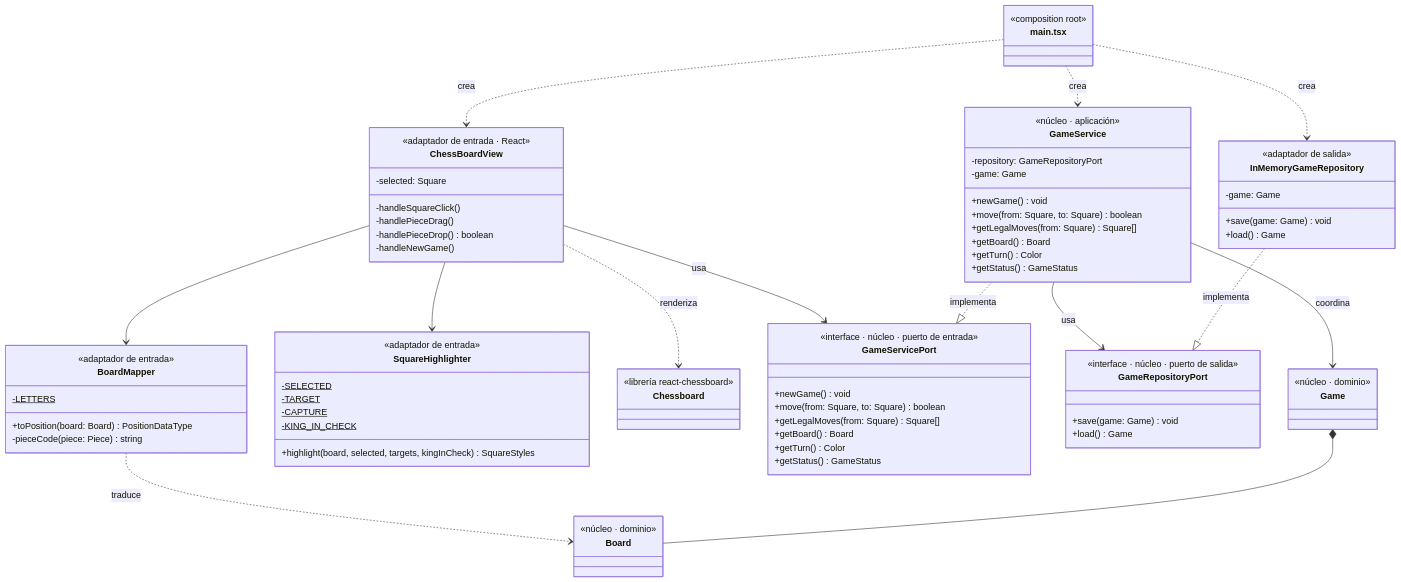
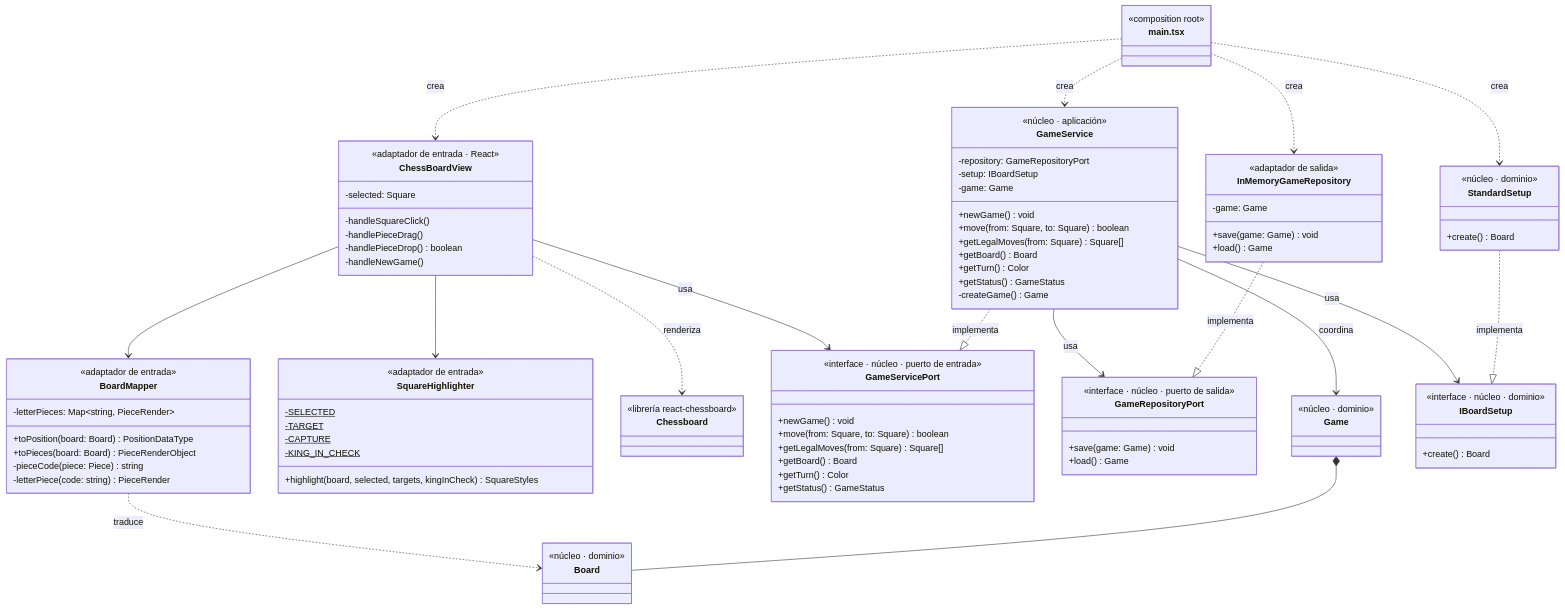
One commit to G-Mazzeo/ajedrez_tp_inge_software changed the second of 3 diagrams in docs/diagrama-clases.md. Above: the diagram before and after it, drawn with Mermaid. The commit also changed other lines of this file and 28 other files, not shown here.

````diff
--- a/docs/diagrama-clases.md
+++ b/docs/diagrama-clases.md
@@ -80,9 +82,11 @@
   }
   class BoardMapper {
     <<adaptador de entrada>>
-    -LETTERS$
+    -letterPieces: Map~string, PieceRender~
     +toPosition(board: Board) PositionDataType
+    +toPieces(board: Board) PieceRenderObject
     -pieceCode(piece: Piece) string
+    -letterPiece(code: string) PieceRender
   }
   class SquareHighlighter {
     <<adaptador de entrada>>
@@ -108,6 +112,7 @@
   class GameService {
     <<núcleo · aplicación>>
     -repository: GameRepositoryPort
+    -setup: IBoardSetup
     -game: Game
     +newGame() void
     +move(from: Square, to: Square) boolean
@@ -115,6 +120,7 @@
     +getBoard() Board
     +getTurn() Color
     +getStatus() GameStatus
+    -createGame() Game
   }
   class GameRepositoryPort {
     <<interface · núcleo · puerto de salida>>
@@ -134,6 +140,14 @@
   class Board {
     <<núcleo · dominio>>
   }
+  class IBoardSetup {
+    <<interface · núcleo · dominio>>
+    +create() Board
+  }
+  class StandardSetup {
+    <<núcleo · dominio>>
+    +create() Board
+  }
 
   class main["main.tsx"] {
     <<composition root>>
@@ -148,11 +162,14 @@
   GameService ..|> GameServicePort : implementa
   GameService --> GameRepositoryPort : usa
   GameService --> Game : coordina
+  GameService --> IBoardSetup : usa
   Game *-- Board
+  StandardSetup ..|> IBoardSetup : implementa
 
   InMemoryGameRepository ..|> GameRepositoryPort : implementa
 
   main ..> ChessBoardView : crea
   main ..> GameService : crea
   main ..> InMemoryGameRepository : crea
+  main ..> StandardSetup : crea
 ```
````
